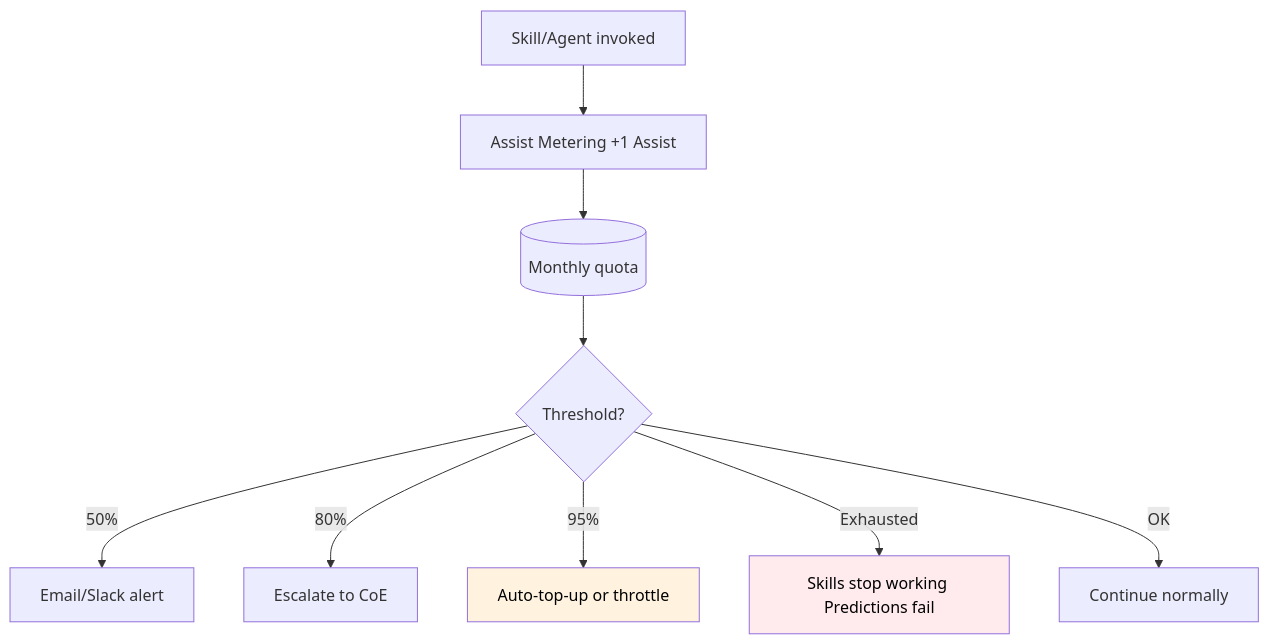
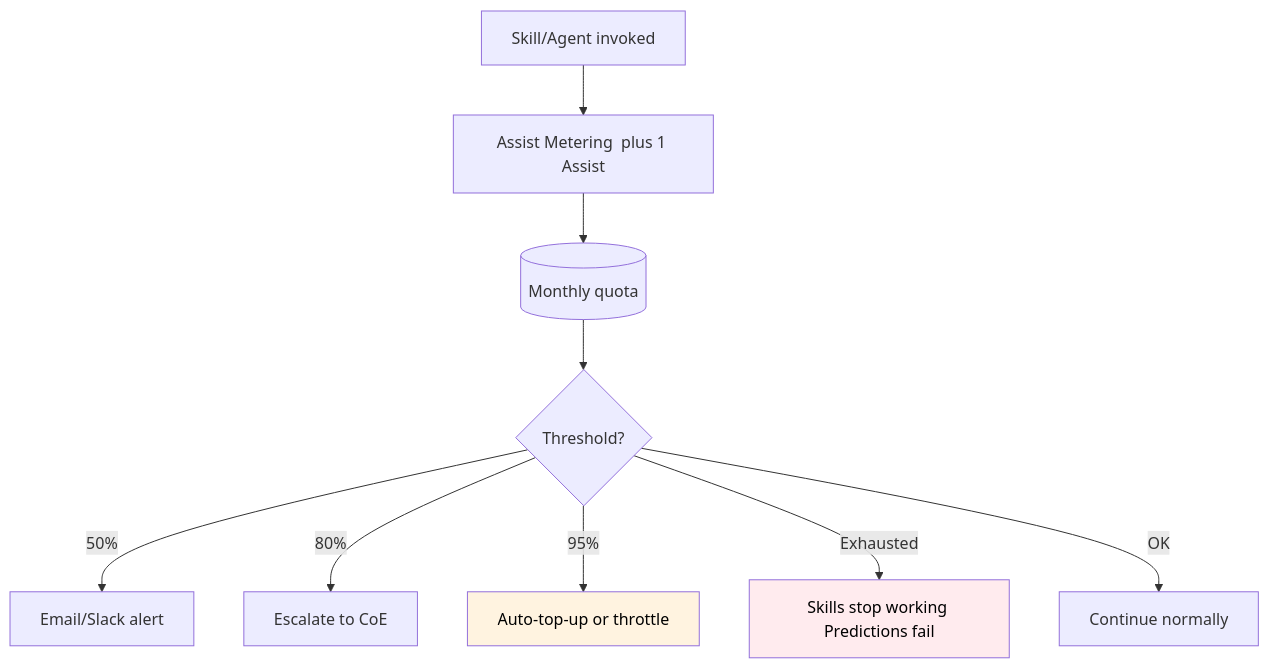
One commit to eltonaguiar/ServiceNow_Learning_TSOM-_CSM_FSM_SalesCRM_HAM_ITSM changed the sixth of 6 diagrams in docs/modules/ai/ai-guide.md. Above: the diagram before and after it, drawn with Mermaid. The commit also changed other lines of this file and 19 other files, not shown here.

Commit message:
Fix all Mermaid diagram special characters - replace dollar, parens, slashes, quotes, pipes, nested brackets and other unsafe chars inside brackets with safe alternatives across 19 files

````diff
--- a/docs/modules/ai/ai-guide.md
+++ b/docs/modules/ai/ai-guide.md
@@ -1184,14 +1184,14 @@
 ```mermaid
 flowchart TD
-    Invoke[Skill/Agent invoked] --> Meter[Assist Metering +1 Assist]
+    Invoke[Skill/Agent invoked] --> Meter[Assist Metering  plus 1 Assist]
     Meter --> Quota[(Monthly quota)]
     Quota --> Check{Threshold?}
     Check -->|50%| Alert1[Email/Slack alert]
     Check -->|80%| Alert2[Escalate to CoE]
     Check -->|95%| Alert3[Auto-top-up or throttle]
     Check -->|Exhausted| Block[Skills stop working Predictions fail]
     Check -->|OK| Continue[Continue normally]
 
     style Block fill:#ffebee,color:#000
     style Alert3 fill:#fff3e0,color:#000
 ```
````
